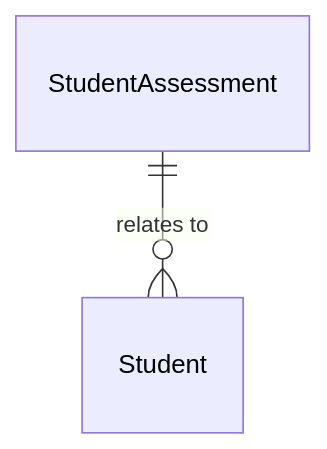
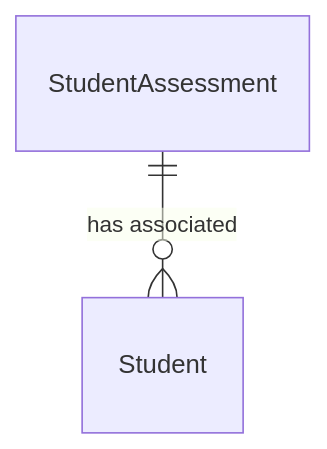
Before and after one commit to Ed-Fi-Alliance-OSS/ed-fi-alliance-oss.github.io: the fourth of 4 diagrams in dataStandard_versioned_docs/version-6/model-reference/assessment-domain/model-diagrams.md, drawn with Mermaid. The commit also changed other lines of this file and 24 other files, not shown here.

````diff
--- a/dataStandard_versioned_docs/version-6/model-reference/assessment-domain/model-diagrams.md
+++ b/dataStandard_versioned_docs/version-6/model-reference/assessment-domain/model-diagrams.md
@@ -202,14 +194,12 @@
 ```mermaid
 ---
 config:
   layout: elk
 ---
 erDiagram
     Student {
     }
     StudentAssessment {
     }
-    StudentAssessment ||--o{ Student : "relates to"
-    style Student color:#000000
-    style StudentAssessment color:#000000
+    StudentAssessment ||--o{ Student : "has associated"
 ```
````
